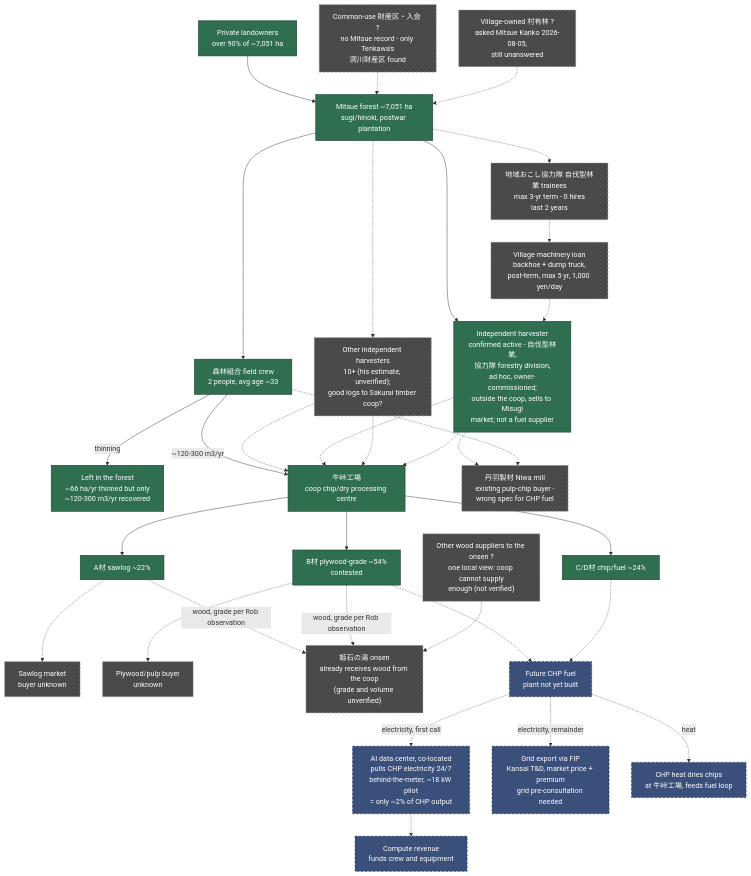
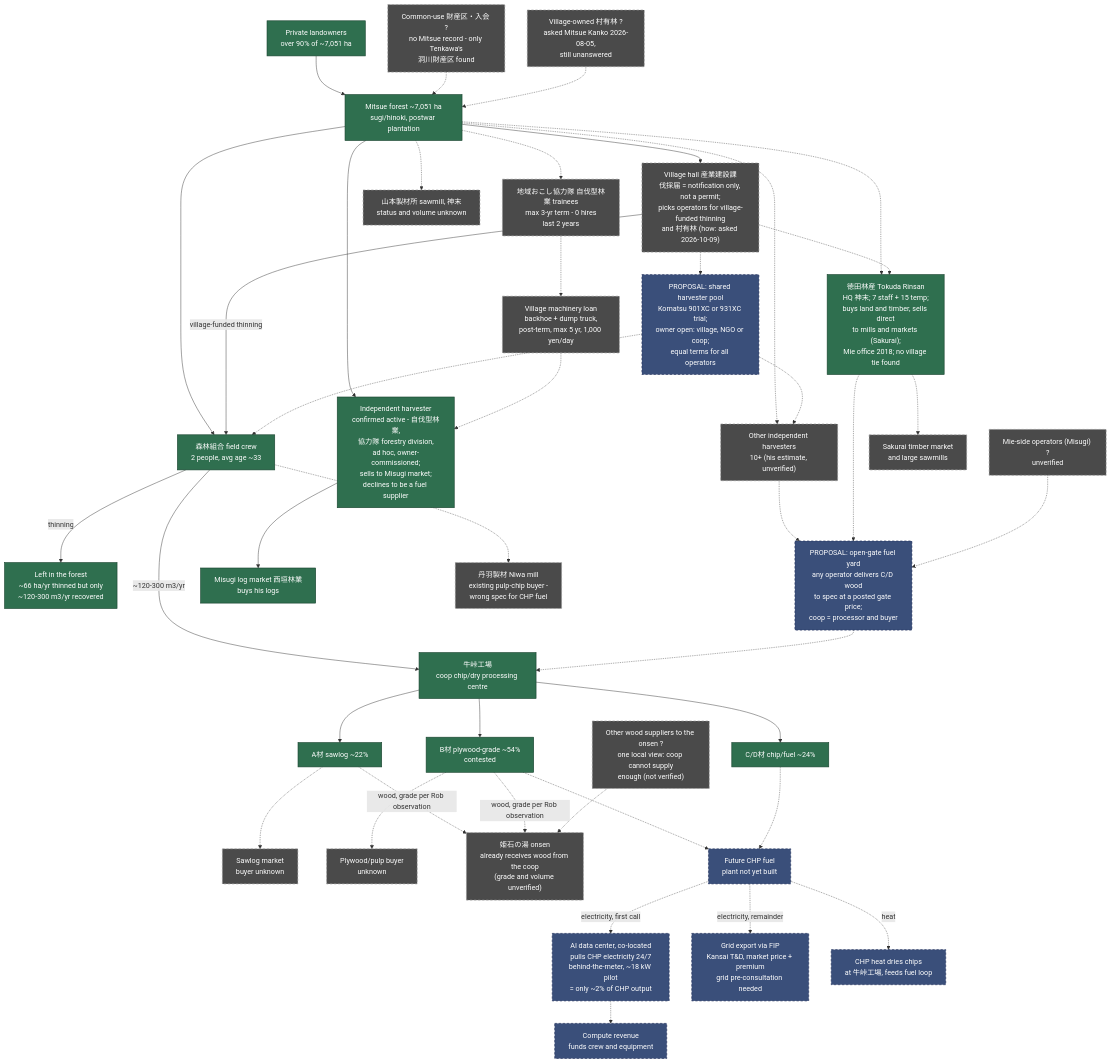
Before and after one commit to robouden/mitsue-ai-data-center: the diagram in docs/energy-forest/workforce/mitsue_forest_supply_chain_diagram.md, drawn with Mermaid. The commit also changed other lines of this file and 10 other files, not shown here.

Commit message:
Update forest supply chain diagram v1.2 (Tokuda, Yamamoto sawmill, village hall role, open-gate yard, shared harvester); add Nishiawakura vs Tenkawa governance comparison; log Ohba-san emails

````diff
--- a/docs/energy-forest/workforce/mitsue_forest_supply_chain_diagram.md
+++ b/docs/energy-forest/workforce/mitsue_forest_supply_chain_diagram.md
@@ -20,31 +20,51 @@
     own2 -.-> forest
     own3 -.-> forest
 
+    vh["Village hall 産業建設課<br/>伐採届 = notification only, not a permit;<br/>picks operators for village-funded thinning<br/>and 村有林 (how: asked 2026-10-09)"]
+    forest --> vh
+
     coopcrew["森林組合 field crew<br/>2 people, avg age ~33"]
-    yamaguchi["Independent harvester<br/>confirmed active - 自伐型林業,<br/>協力隊 forestry division,<br/>ad hoc, owner-commissioned;<br/>outside the coop, sells to Misugi<br/>market; not a fuel supplier"]
-    otherindep["Other independent harvesters<br/>10+ (his estimate, unverified);<br/>good logs to Sakurai timber coop?"]
+    yamaguchi["Independent harvester<br/>confirmed active - 自伐型林業,<br/>協力隊 forestry division,<br/>ad hoc, owner-commissioned;<br/>sells to Misugi market;<br/>declines to be a fuel supplier"]
+    tokuda["徳田林産 Tokuda Rinsan<br/>HQ 神末; 7 staff + 15 temp;<br/>buys land and timber, sells direct<br/>to mills and markets (Sakurai);<br/>Mie office 2018; no village tie found"]
+    otherindep["Other independent harvesters<br/>10+ (his estimate, unverified)"]
+    miesup["Mie-side operators (Misugi) ?<br/>unverified"]
     corps["地域おこし協力隊 自伐型林業 trainees<br/>max 3-yr term - 0 hires<br/>last 2 years"]
     loan["Village machinery loan<br/>backhoe + dump truck,<br/>post-term, max 5 yr, 1,000 yen/day"]
 
     forest --> coopcrew
     forest --> yamaguchi
+    forest -.-> tokuda
     forest -.-> otherindep
     forest -.-> corps
     corps -.-> loan
     loan -.-> yamaguchi
+    vh -->|"village-funded thinning"| coopcrew
+    vh -.-> tokuda
 
     leftover["Left in the forest<br/>~66 ha/yr thinned but only<br/>~120-300 m3/yr recovered"]
     coopcrew -->|thinning| leftover
 
     mill["牛峠工場<br/>coop chip/dry processing centre"]
     coopcrew -->|"~120-300 m3/yr"| mill
-    otherindep -.-> mill
-    yamaguchi -.-> mill
-    otherindep -.-> mill
-    yamaguchi -.-> mill
+
+    gate["PROPOSAL: open-gate fuel yard<br/>any operator delivers C/D wood<br/>to spec at a posted gate price;<br/>coop = processor and buyer"]
+    otherindep -.-> gate
+    tokuda -.-> gate
+    miesup -.-> gate
+    gate -.-> mill
+
+    machine["PROPOSAL: shared harvester pool<br/>Komatsu 901XC or 931XC trial;<br/>owner open: village, NGO or coop;<br/>equal terms for all operators"]
+    machine -.-> coopcrew
+    machine -.-> otherindep
+    vh -.-> machine
+
+    misugi["Misugi log market 西垣林業<br/>buys his logs"]
+    yamaguchi --> misugi
+    tokuda -.-> sakurai["Sakurai timber market<br/>and large sawmills"]
+    yamamoto["山本製材所 sawmill, 神末<br/>status and volume unknown"]
+    forest -.-> yamamoto
 
     niwa["丹羽製材 Niwa mill<br/>existing pulp-chip buyer -<br/>wrong spec for CHP fuel"]
-    yamaguchi -.-> niwa
     coopcrew -.-> niwa
 
     mill --> gA["A材 sawlog ~22%"]
@@ -77,7 +97,7 @@
     classDef unknown fill:#4a4a4a,stroke:#999999,stroke-width:1.4px,color:#ffffff,stroke-dasharray:5 4
     classDef future fill:#3a4f7a,stroke:#22315c,stroke-width:1.4px,color:#ffffff,stroke-dasharray:5 4
 
-    class own1,forest,coopcrew,yamaguchi,leftover,mill,gA,gB,gCD known
-    class own2,own3,otherindep,corps,loan,sawmkt,plymkt,niwa,onsen,othersup unknown
-    class chp,dc,grid,dry,compute future
+    class own1,forest,coopcrew,yamaguchi,tokuda,leftover,mill,gA,gB,gCD,misugi known
+    class own2,own3,vh,otherindep,miesup,corps,loan,sawmkt,sakurai,yamamoto,plymkt,niwa,onsen,othersup unknown
+    class chp,dc,grid,dry,compute,gate,machine future
 ```
````
